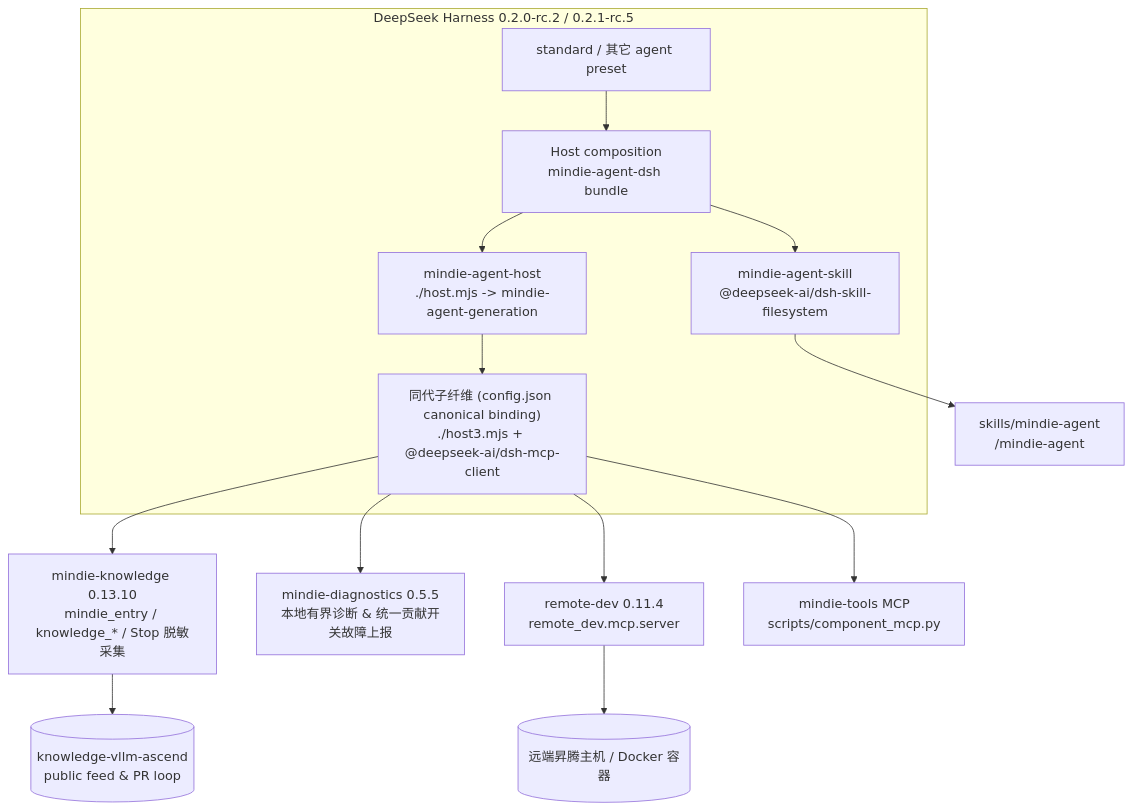
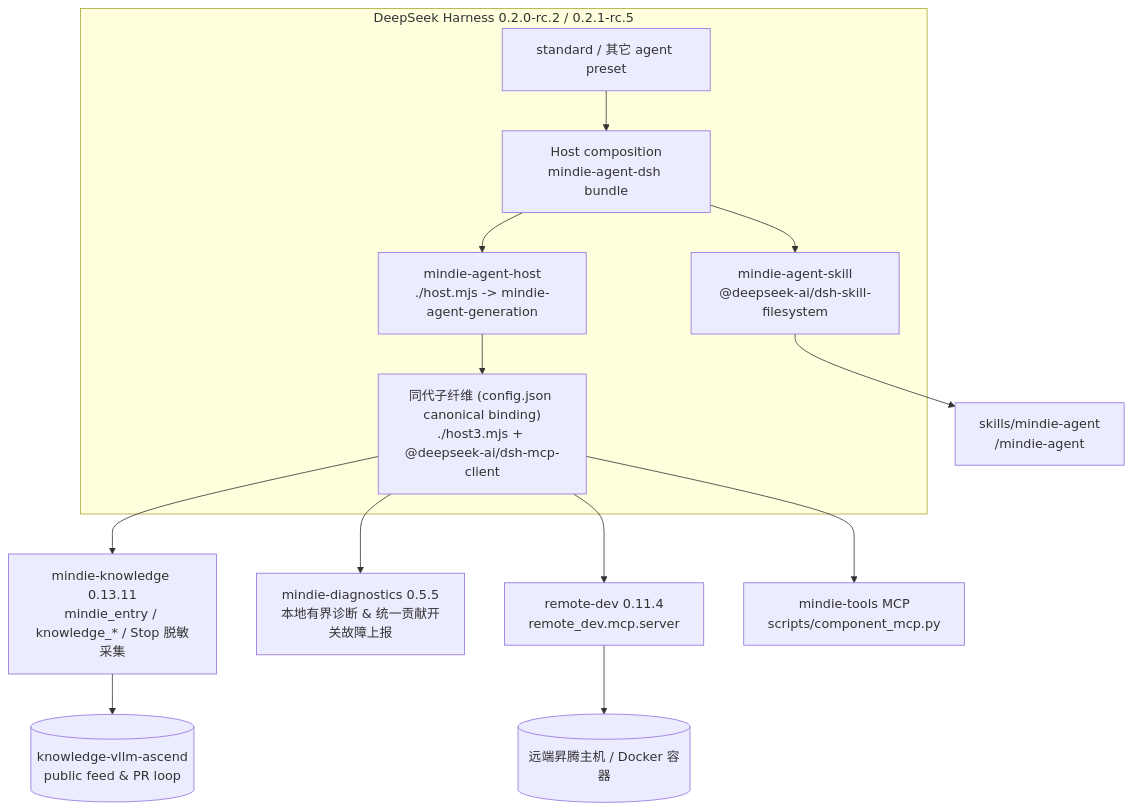
Before and after one commit to mindie-agent/mindie-agent-dsh: the diagram in README.md, drawn with Mermaid. The commit also changed other lines of this file and 11 other files, not shown here.

Commit message:
release: prepare mindie-agent-dsh 0.1.13 with mindie-knowledge 0.13.11 and mindie-sim 0.9.3

````diff
--- a/README.md
+++ b/README.md
@@ -134,21 +134,21 @@
 ```mermaid
 flowchart TB
   subgraph DSH["DeepSeek Harness 0.2.0-rc.2 / 0.2.1-rc.5"]
     HOST["Host composition<br/>mindie-agent-dsh bundle"]
     STD["standard / 其它 agent preset"]
     SKILL["mindie-agent-skill<br/>@deepseek-ai/dsh-skill-filesystem"]
     HPLUG["mindie-agent-host<br/>./host.mjs -> mindie-agent-generation"]
     GEN["同代子纤维 (config.json canonical binding)<br/>./host3.mjs + @deepseek-ai/dsh-mcp-client"]
     STD --> HOST
     HOST --> SKILL
     HOST --> HPLUG
     HPLUG --> GEN
   end
   SKILL --> SK["skills/mindie-agent<br/>/mindie-agent"]
-  GEN --> KS["mindie-knowledge 0.13.10<br/>mindie_entry / knowledge_* / Stop 脱敏采集"]
+  GEN --> KS["mindie-knowledge 0.13.11<br/>mindie_entry / knowledge_* / Stop 脱敏采集"]
   GEN --> DIAG["mindie-diagnostics 0.5.5<br/>本地有界诊断 & 统一贡献开关故障上报"]
   KS --> FEED[("knowledge-vllm-ascend<br/>public feed & PR loop")]
   GEN --> RD["remote-dev 0.11.4<br/>remote_dev.mcp.server"]
   GEN --> MT["mindie-tools MCP<br/>scripts/component_mcp.py"]
   RD --> NPU[("远端昇腾主机 / Docker 容器")]
 ```
````
